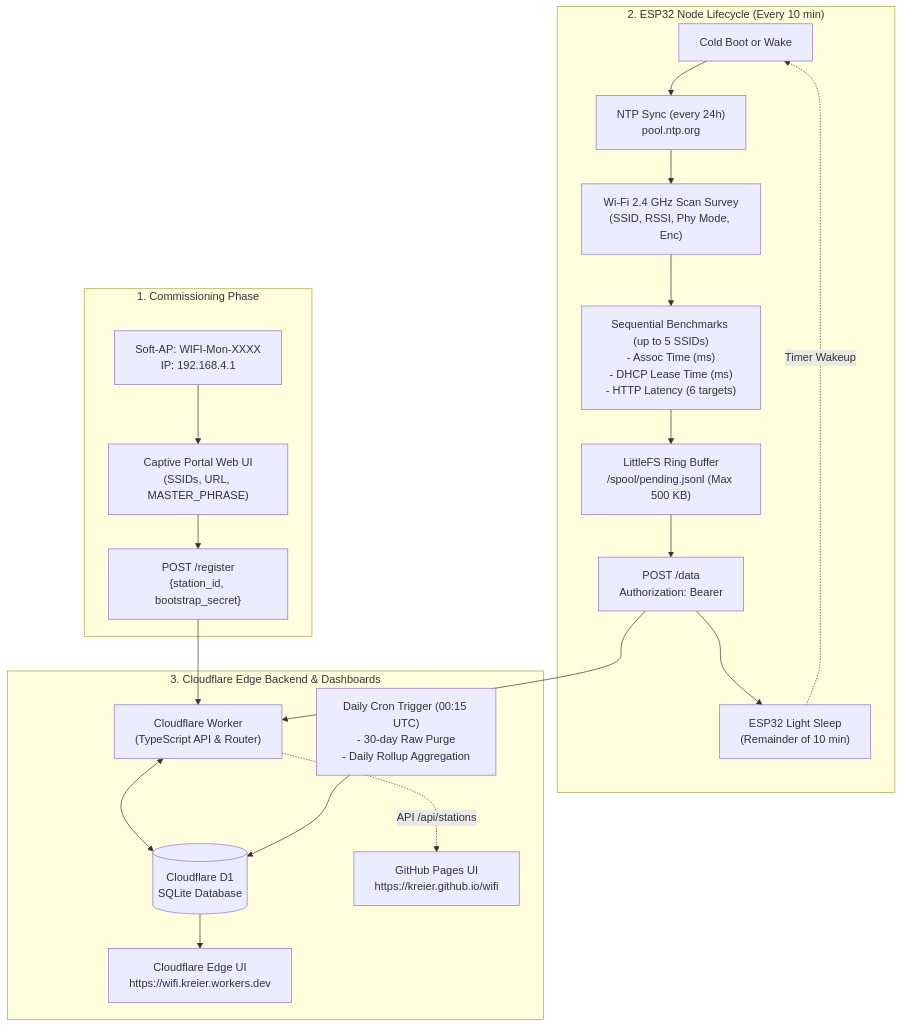
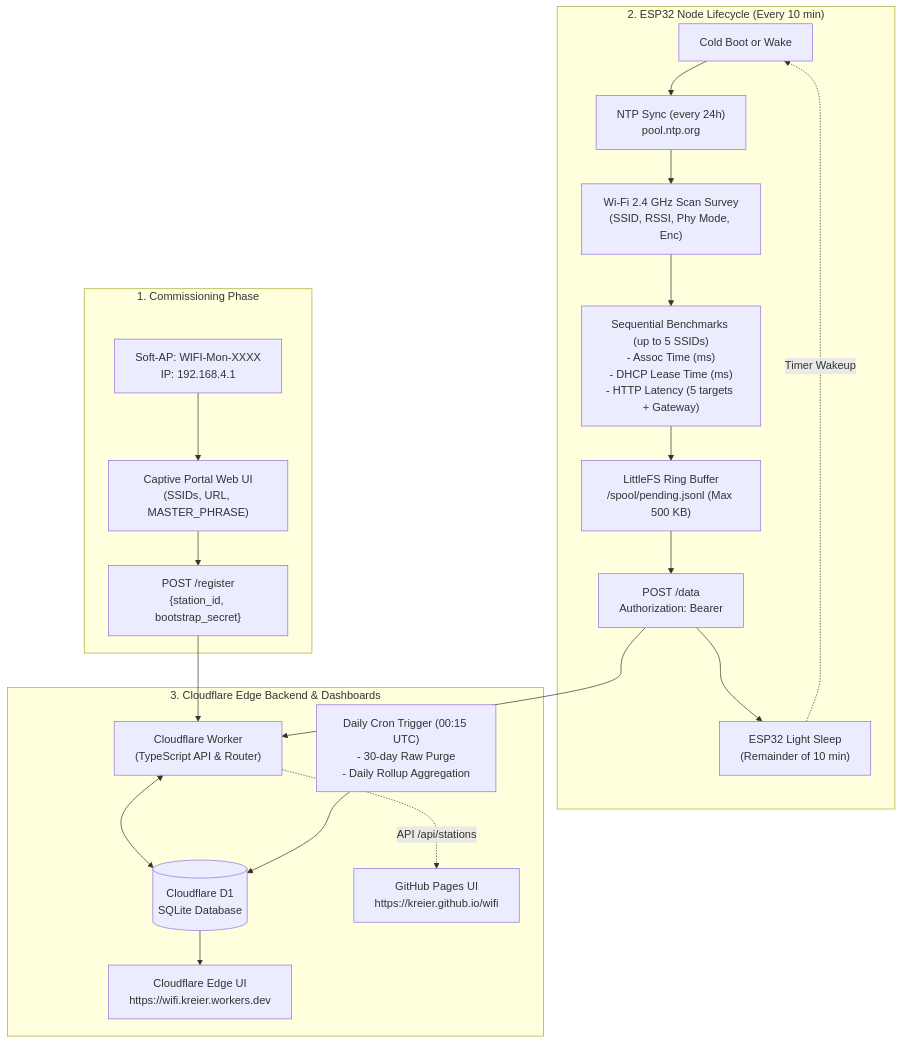
Before and after one commit to flynn0/T18: the diagram in README.md, drawn with Mermaid. The commit also changed other lines of this file and 8 other files, not shown here.

Commit message:
feat: remove Apple probe, update architecture docs with ADR links, and release v0.8.0

````diff
--- a/README.md
+++ b/README.md
@@ -35,37 +45,37 @@
 ```mermaid
 flowchart TD
     subgraph Commissioning ["1. Commissioning Phase"]
         AP["Soft-AP: WIFI-Mon-XXXX<br/>IP: 192.168.4.1"]
         Portal["Captive Portal Web UI<br/>(SSIDs, URL, MASTER_PHRASE)"]
         Reg["POST /register<br/>{station_id, bootstrap_secret}"]
         AP --> Portal --> Reg
     end
 
     subgraph ESP32 ["2. ESP32 Node Lifecycle (Every 10 min)"]
         Boot["Cold Boot or Wake"]
         NTP["NTP Sync (every 24h)<br/>pool.ntp.org"]
         Scan["Wi-Fi 2.4 GHz Scan Survey<br/>(SSID, RSSI, Phy Mode, Enc)"]
-        Bench["Sequential Benchmarks (up to 5 SSIDs)<br/>- Assoc Time (ms)<br/>- DHCP Lease Time (ms)<br/>- HTTP Latency (6 targets)"]
+        Bench["Sequential Benchmarks (up to 5 SSIDs)<br/>- Assoc Time (ms)<br/>- DHCP Lease Time (ms)<br/>- HTTP Latency (5 targets + Gateway)"]
         Spool["LittleFS Ring Buffer<br/>/spool/pending.jsonl (Max 500 KB)"]
         Upload["POST /data<br/>Authorization: Bearer <device_token>"]
         Sleep["ESP32 Light Sleep<br/>(Remainder of 10 min)"]
 
         Boot --> NTP --> Scan --> Bench --> Spool --> Upload --> Sleep
         Sleep -.->|Timer Wakeup| Boot
     end
 
     subgraph Backend ["3. Cloudflare Edge Backend & Dashboards"]
         Worker["Cloudflare Worker<br/>(TypeScript API & Router)"]
         D1[("Cloudflare D1<br/>SQLite Database")]
         Cron["Daily Cron Trigger (00:15 UTC)<br/>- 30-day Raw Purge<br/>- Daily Rollup Aggregation"]
         CFUI["Cloudflare Edge UI<br/>https://wifi.kreier.workers.dev"]
         GHUI["GitHub Pages UI<br/>https://kreier.github.io/wifi"]
 
         Reg --> Worker
         Upload --> Worker
         Worker <--> D1
         Cron --> D1
         D1 --> CFUI
         Worker -.->|API /api/stations| GHUI
     end
 ```
````
